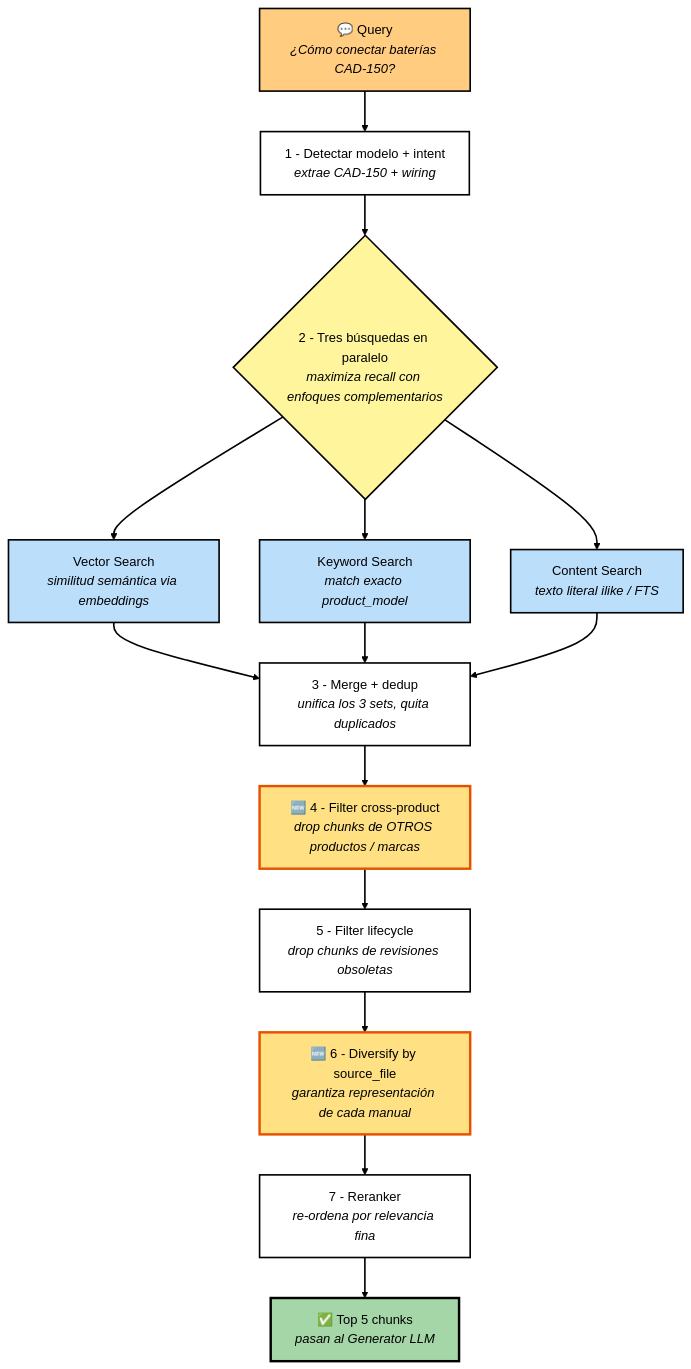
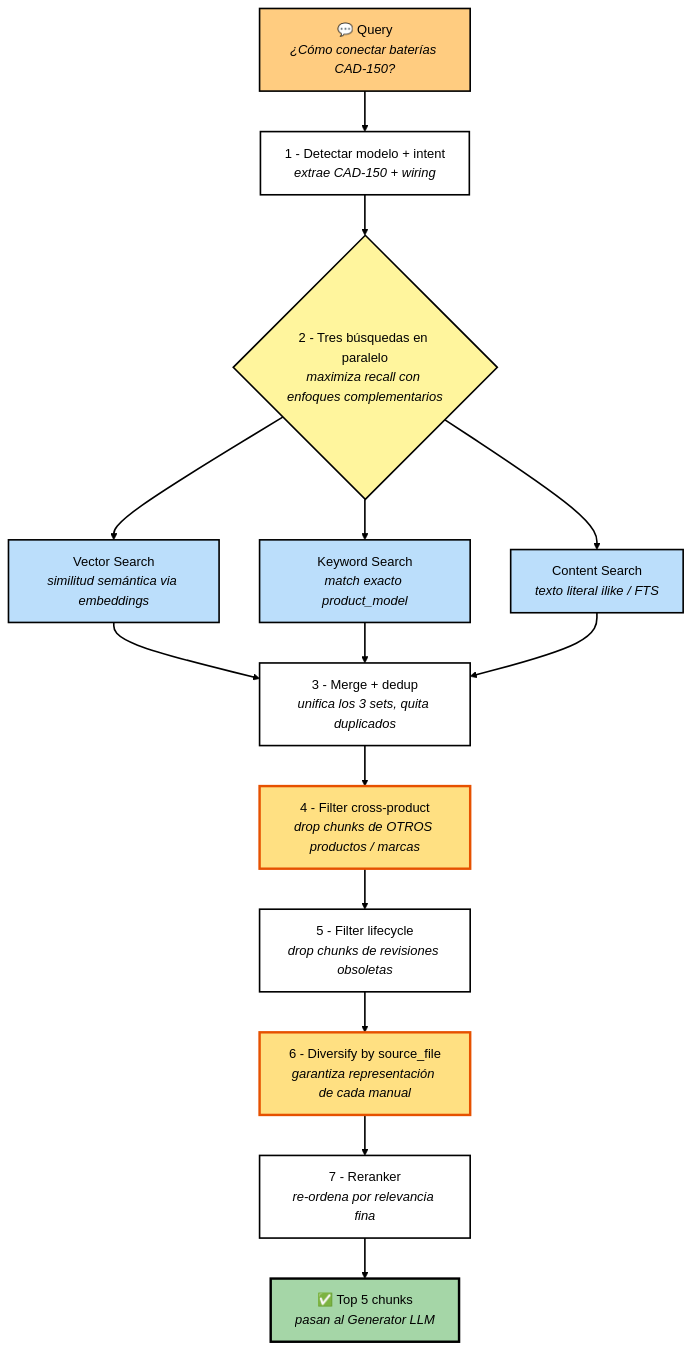
One commit to albertofontiber/technical_bot changed the fifth of 8 diagrams in docs/ARCHITECTURE.md. Above: the diagram before and after it, drawn with Mermaid (neutral theme). The commit also changed other lines of this file and 1 other file, not shown here.

````diff
--- a/docs/ARCHITECTURE.md
+++ b/docs/ARCHITECTURE.md
@@ -267,34 +258,34 @@
 ```mermaid
 flowchart TB
     Q[💬 Query<br><i>¿Cómo conectar baterías CAD-150?</i>] --> Extract[1 - Detectar modelo + intent<br><i>extrae CAD-150 + wiring</i>]
     Extract --> Parallel{2 - Tres búsquedas en paralelo<br><i>maximiza recall con enfoques complementarios</i>}
     
     Parallel --> VS[Vector Search<br><i>similitud semántica via embeddings</i>]
     Parallel --> KS[Keyword Search<br><i>match exacto product_model</i>]
     Parallel --> CS[Content Search<br><i>texto literal ilike / FTS</i>]
     
     VS --> Merge[3 - Merge + dedup<br><i>unifica los 3 sets, quita duplicados</i>]
     KS --> Merge
     CS --> Merge
     
-    Merge --> Filter1[🆕 4 - Filter cross-product<br><i>drop chunks de OTROS productos / marcas</i>]
+    Merge --> Filter1[4 - Filter cross-product<br><i>drop chunks de OTROS productos / marcas</i>]
     Filter1 --> Filter2[5 - Filter lifecycle<br><i>drop chunks de revisiones obsoletas</i>]
-    Filter2 --> Diverse[🆕 6 - Diversify by source_file<br><i>garantiza representación de cada manual</i>]
+    Filter2 --> Diverse[6 - Diversify by source_file<br><i>garantiza representación de cada manual</i>]
     Diverse --> Rerank[7 - Reranker<br><i>re-ordena por relevancia fina</i>]
     Rerank --> Out[✅ Top 5 chunks<br><i>pasan al Generator LLM</i>]
     
     style Q fill:#ffcc80,stroke:#000000,color:#000000,stroke-width:2px
     style Extract fill:#ffffff,stroke:#000000,color:#000000,stroke-width:2px
     style Parallel fill:#fff59d,stroke:#000000,color:#000000,stroke-width:2px
     style VS fill:#bbdefb,stroke:#000000,color:#000000,stroke-width:2px
     style KS fill:#bbdefb,stroke:#000000,color:#000000,stroke-width:2px
     style CS fill:#bbdefb,stroke:#000000,color:#000000,stroke-width:2px
     style Merge fill:#ffffff,stroke:#000000,color:#000000,stroke-width:2px
     style Filter1 fill:#ffe082,stroke:#e65100,color:#000000,stroke-width:3px
     style Filter2 fill:#ffffff,stroke:#000000,color:#000000,stroke-width:2px
     style Diverse fill:#ffe082,stroke:#e65100,color:#000000,stroke-width:3px
     style Rerank fill:#ffffff,stroke:#000000,color:#000000,stroke-width:2px
     style Out fill:#a5d6a7,stroke:#000000,color:#000000,stroke-width:3px
 
     linkStyle default stroke:#000000,stroke-width:2px
 ```
````
